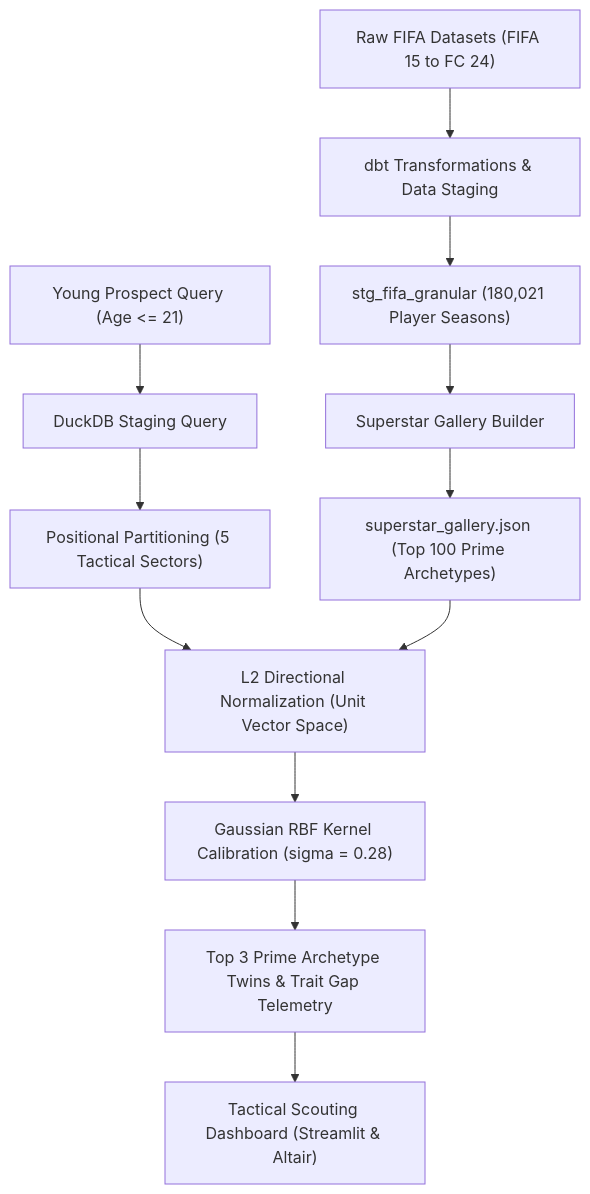
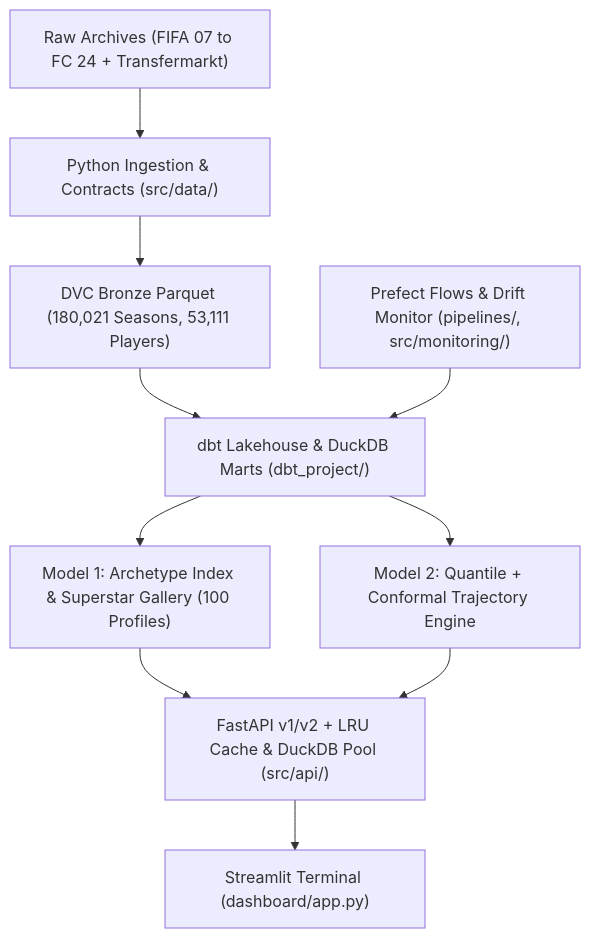
One commit to AminAlAit/analytics-fc changed the diagram in README.md. Above: the diagram before and after it, drawn with Mermaid. The commit also changed other lines of this file, not shown here.

````diff
--- a/README.md
+++ b/README.md
@@ -20,15 +22,11 @@
 ```mermaid
 flowchart TD
-    A["Raw FIFA Datasets (FIFA 15 to FC 24)"] --> B["dbt Transformations & Data Staging"]
-    B --> C["stg_fifa_granular (180,021 Player Seasons)"]
-    C --> D["Superstar Gallery Builder"]
-    D --> E["superstar_gallery.json (Top 100 Prime Archetypes)"]
-    
-    F["Young Prospect Query (Age <= 21)"] --> G["DuckDB Staging Query"]
-    G --> H["Positional Partitioning (5 Tactical Sectors)"]
-    H --> I["L2 Directional Normalization (Unit Vector Space)"]
-    E --> I
-    I --> J["Gaussian RBF Kernel Calibration (sigma = 0.28)"]
-    J --> K["Top 3 Prime Archetype Twins & Trait Gap Telemetry"]
-    K --> L["Tactical Scouting Dashboard (Streamlit & Altair)"]
+    A["Raw Archives (FIFA 07 to FC 24 + Transfermarkt)"] --> B["Python Ingestion & Contracts (src/data/)"]
+    B --> C["DVC Bronze Parquet (180,021 Seasons, 53,111 Players)"]
+    C --> D["dbt Lakehouse & DuckDB Marts (dbt_project/)"]
+    D --> E["Model 1: Archetype Index & Superstar Gallery (100 Profiles)"]
+    D --> F["Model 2: Quantile + Conformal Trajectory Engine"]
+    E & F --> G["FastAPI v1/v2 + LRU Cache & DuckDB Pool (src/api/)"]
+    G --> H["Streamlit Terminal (dashboard/app.py)"]
+    I["Prefect Flows & Drift Monitor (pipelines/, src/monitoring/)"] --> D
 ```
````
